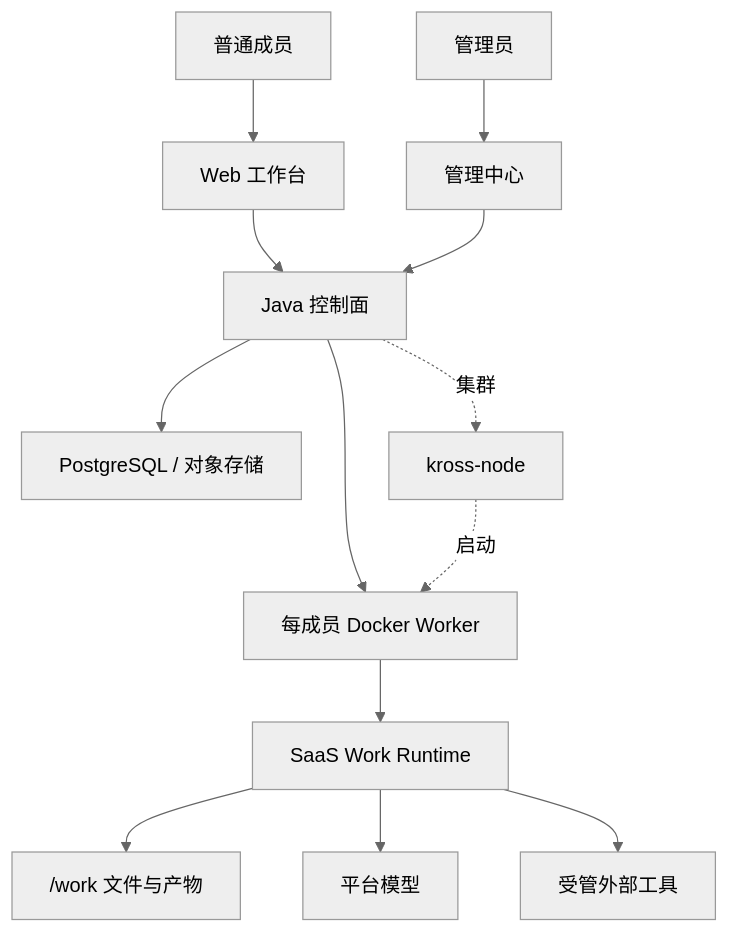
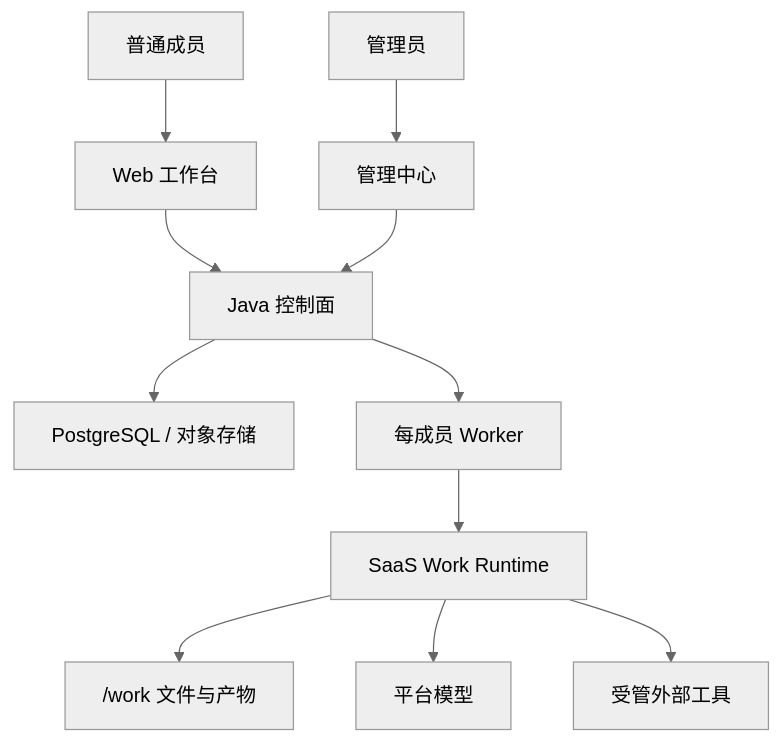
One commit to zzc-101/Kross changed the diagram in README.zh-CN.md. Above: the diagram before and after it, drawn with Mermaid (neutral theme). The commit also changed other lines of this file and 82 other files, not shown here.

````diff
--- a/README.zh-CN.md
+++ b/README.zh-CN.md
@@ -53,15 +53,13 @@
 ```mermaid
 flowchart TB
     U["普通成员"] --> WEB["Web 工作台"]
     A["管理员"] --> ADMIN["管理中心"]
     WEB --> CP["Java 控制面"]
     ADMIN --> CP
     CP --> DB["PostgreSQL / 对象存储"]
-    CP --> W["每成员 Docker Worker"]
-    CP -. 集群 .-> N["kross-node"]
-    N -. 启动 .-> W
+    CP --> W["每成员 Worker"]
     W --> R["SaaS Work Runtime"]
     R --> FS["/work 文件与产物"]
     R --> LLM["平台模型"]
     R --> EXT["受管外部工具"]
 ```
````
